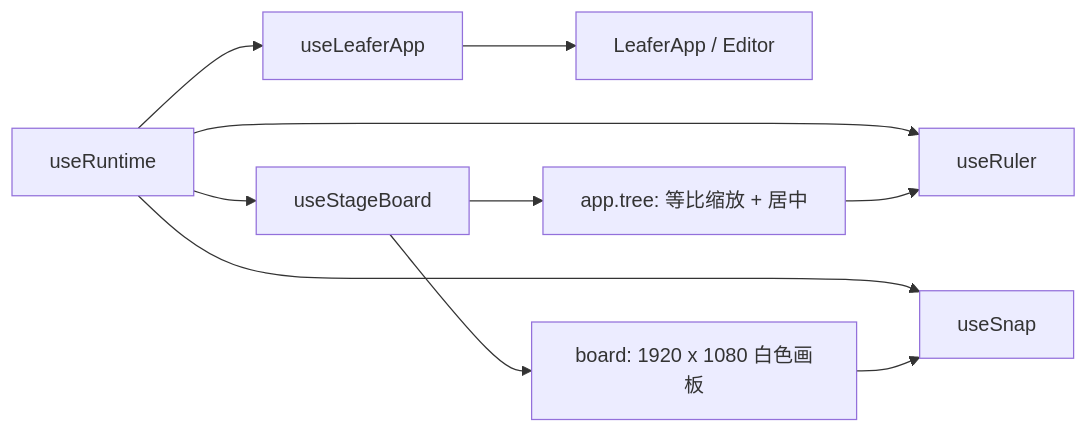
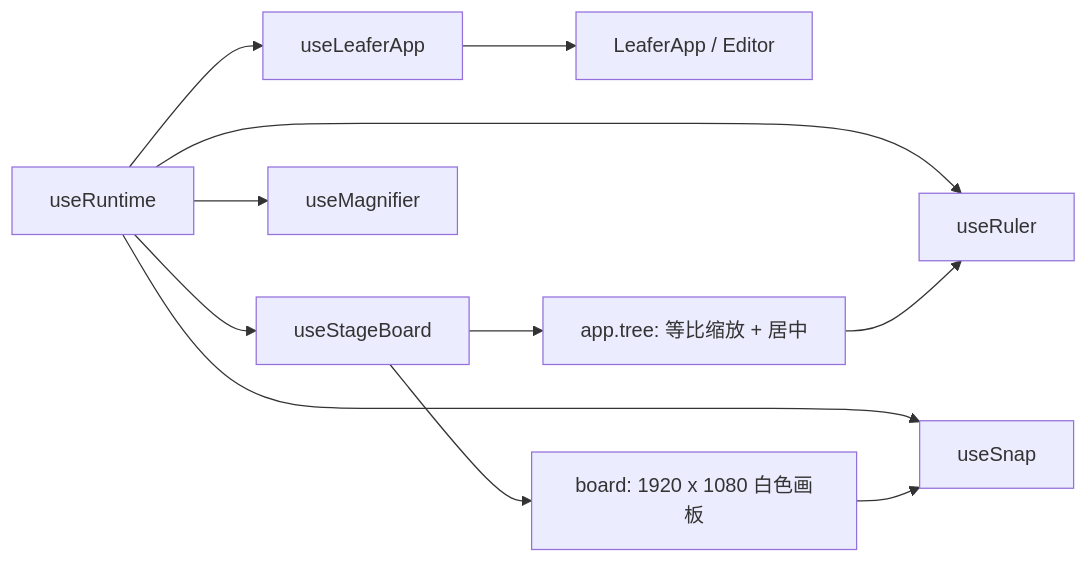
One commit to Tajigaqzh/paint-canvas changed the second of 8 diagrams in src/pages/home/hooks/README.md. Above: the diagram before and after it, drawn with Mermaid. The commit also changed other lines of this file and 30 other files, not shown here.

````diff
--- a/src/pages/home/hooks/README.md
+++ b/src/pages/home/hooks/README.md
@@ -84,12 +84,13 @@
 ```mermaid
 flowchart LR
   Runtime[useRuntime] --> App[useLeaferApp]
   Runtime --> Stage[useStageBoard]
   Runtime --> Snap[useSnap]
   Runtime --> Ruler[useRuler]
+  Runtime --> Magnifier[useMagnifier]
   App --> LeaferApp[LeaferApp / Editor]
   Stage --> TreeNode["app.tree: 等比缩放 + 居中"]
   Stage --> BoardNode[board: 1920 x 1080 白色画板]
   TreeNode --> Ruler
   BoardNode --> Snap
 ```
````
